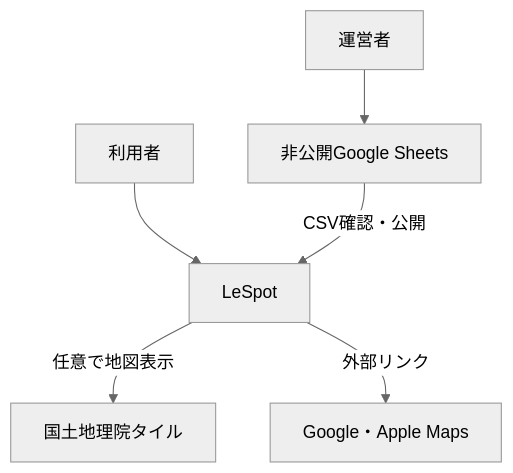
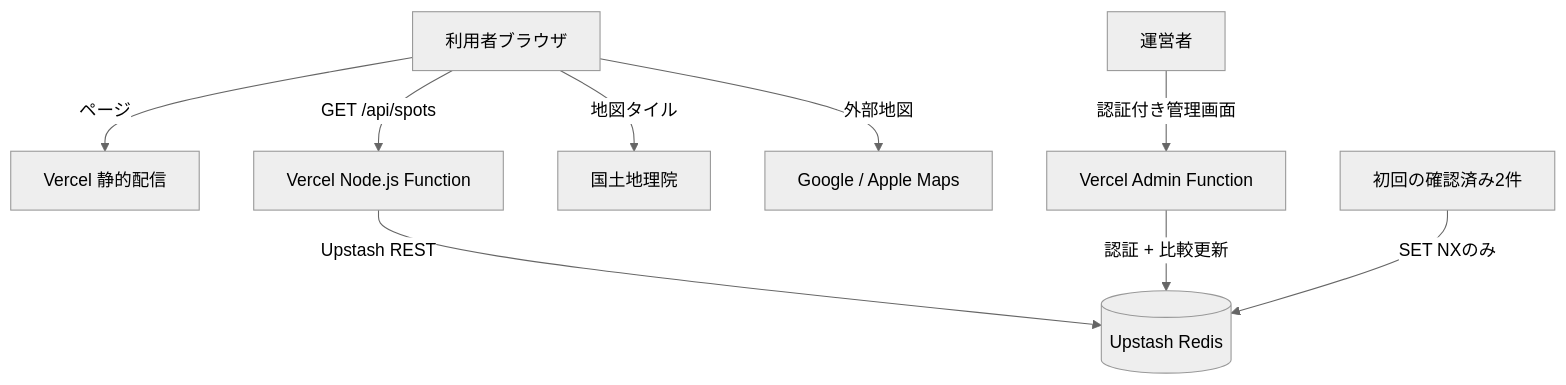
One commit to suzaking/lespot changed the diagram in docs/ARCHITECTURE.md. Above: the diagram before and after it, drawn with Mermaid (neutral theme). The commit also changed other lines of this file and 10 other files, not shown here.

````diff
--- a/docs/ARCHITECTURE.md
+++ b/docs/ARCHITECTURE.md
@@ -5,8 +5,11 @@
 ```mermaid
 flowchart TD
- U[利用者] --> L[LeSpot]
- O[運営者] --> S[非公開Google Sheets]
- S -->|CSV確認・公開| L
- L -->|任意で地図表示| G[国土地理院タイル]
- L -->|外部リンク| M[Google・Apple Maps]
+ U[利用者ブラウザ] -->|ページ| V[Vercel 静的配信]
+ U -->|GET /api/spots| R[Vercel Node.js Function]
+ R -->|Upstash REST| DB[(Upstash Redis)]
+ U -->|地図タイル| G[国土地理院]
+ U -->|外部地図| M[Google / Apple Maps]
+ O[運営者] -->|認証付き管理画面| A[Vercel Admin Function]
+ A -->|認証 + 比較更新| DB
+ B[初回の確認済み2件] -->|SET NXのみ| DB
 ```
````
